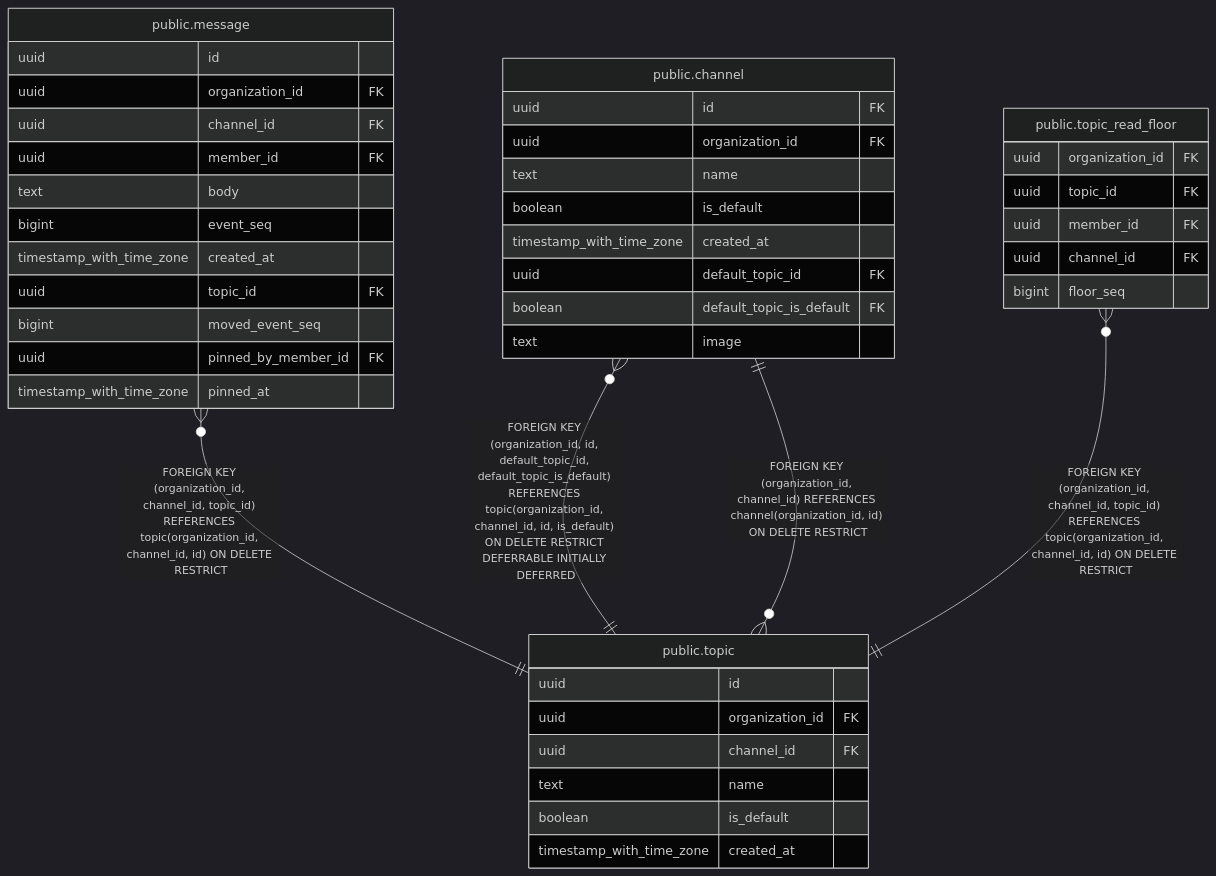
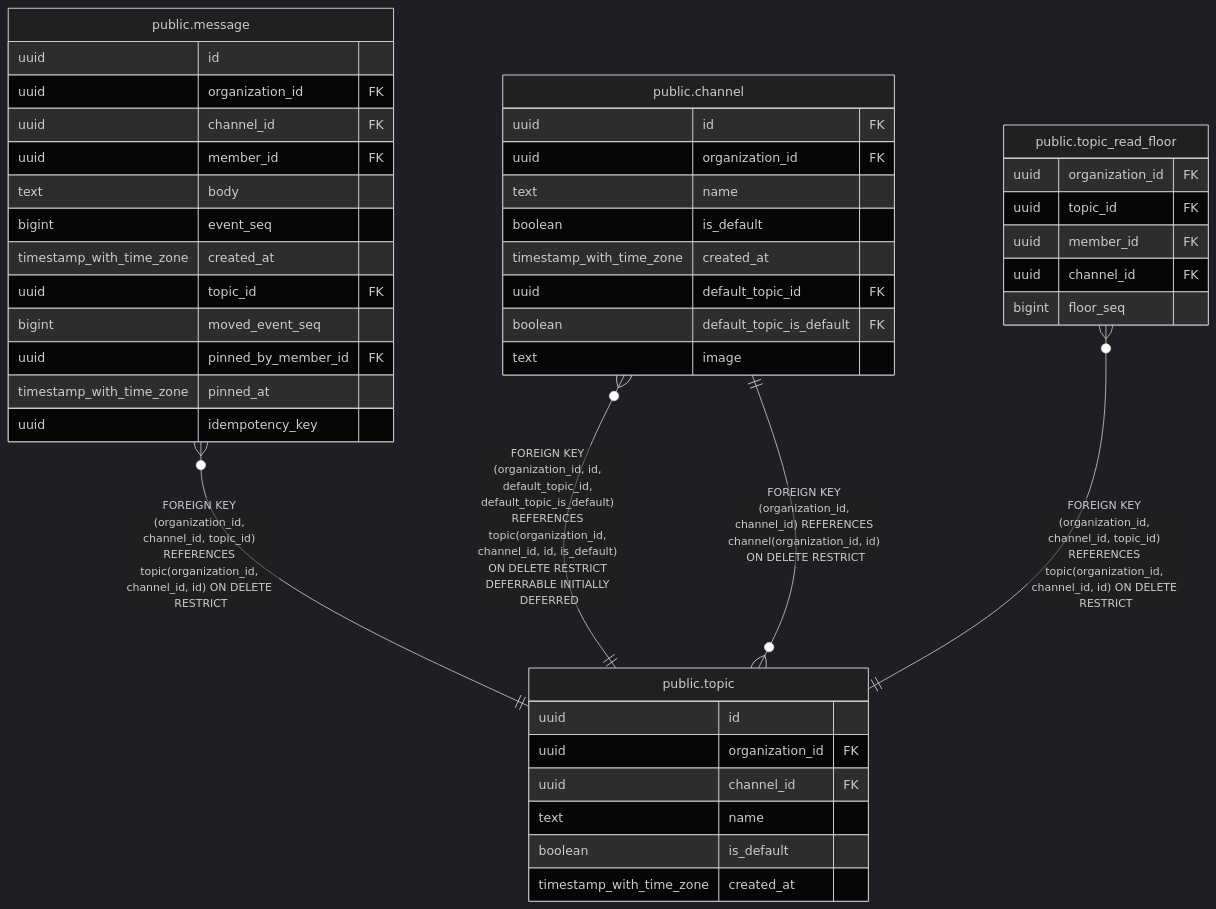
One commit to tkakkie/ribbitto changed the diagram in docs/schema/public.topic.md. Above: the diagram before and after it, drawn with Mermaid (dark theme). The commit also changed 40 other files, not shown here.

First line of the commit message:
feat(conversation): deduplicate repeated sends with a per-composer idempotency key

````diff
--- a/docs/schema/public.topic.md
+++ b/docs/schema/public.topic.md
@@ -42,47 +42,48 @@
 ```mermaid
 erDiagram
 
 "public.channel" }o--|| "public.topic" : "FOREIGN KEY (organization_id, id, default_topic_id, default_topic_is_default) REFERENCES topic(organization_id, channel_id, id, is_default) ON DELETE RESTRICT DEFERRABLE INITIALLY DEFERRED"
 "public.message" }o--|| "public.topic" : "FOREIGN KEY (organization_id, channel_id, topic_id) REFERENCES topic(organization_id, channel_id, id) ON DELETE RESTRICT"
 "public.topic_read_floor" }o--|| "public.topic" : "FOREIGN KEY (organization_id, channel_id, topic_id) REFERENCES topic(organization_id, channel_id, id) ON DELETE RESTRICT"
 "public.topic" }o--|| "public.channel" : "FOREIGN KEY (organization_id, channel_id) REFERENCES channel(organization_id, id) ON DELETE RESTRICT"
 
 "public.topic" {
   uuid id
   uuid organization_id FK
   uuid channel_id FK
   text name
   boolean is_default
   timestamp_with_time_zone created_at
 }
 "public.channel" {
   uuid id FK
   uuid organization_id FK
   text name
   boolean is_default
   timestamp_with_time_zone created_at
   uuid default_topic_id FK
   boolean default_topic_is_default FK
   text image
 }
 "public.message" {
   uuid id
   uuid organization_id FK
   uuid channel_id FK
   uuid member_id FK
   text body
   bigint event_seq
   timestamp_with_time_zone created_at
   uuid topic_id FK
   bigint moved_event_seq
   uuid pinned_by_member_id FK
   timestamp_with_time_zone pinned_at
+  uuid idempotency_key
 }
 "public.topic_read_floor" {
   uuid organization_id FK
   uuid topic_id FK
   uuid member_id FK
   uuid channel_id FK
   bigint floor_seq
 }
 ```
````
